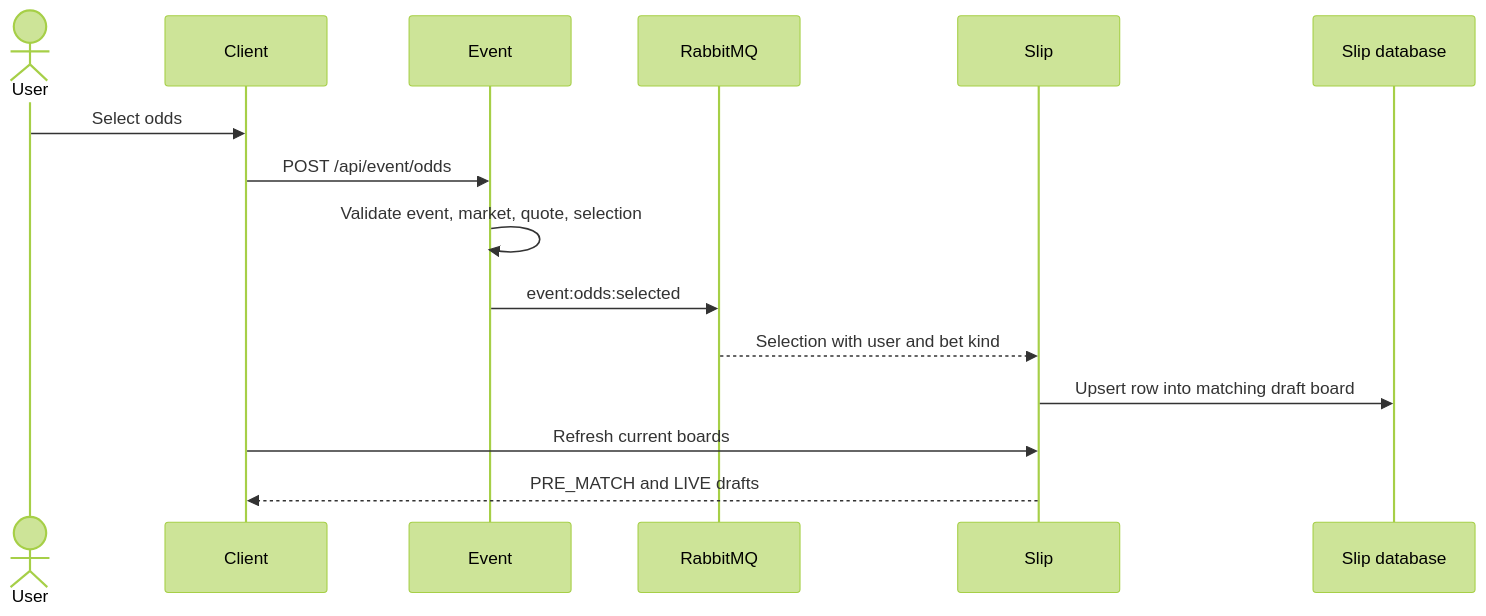
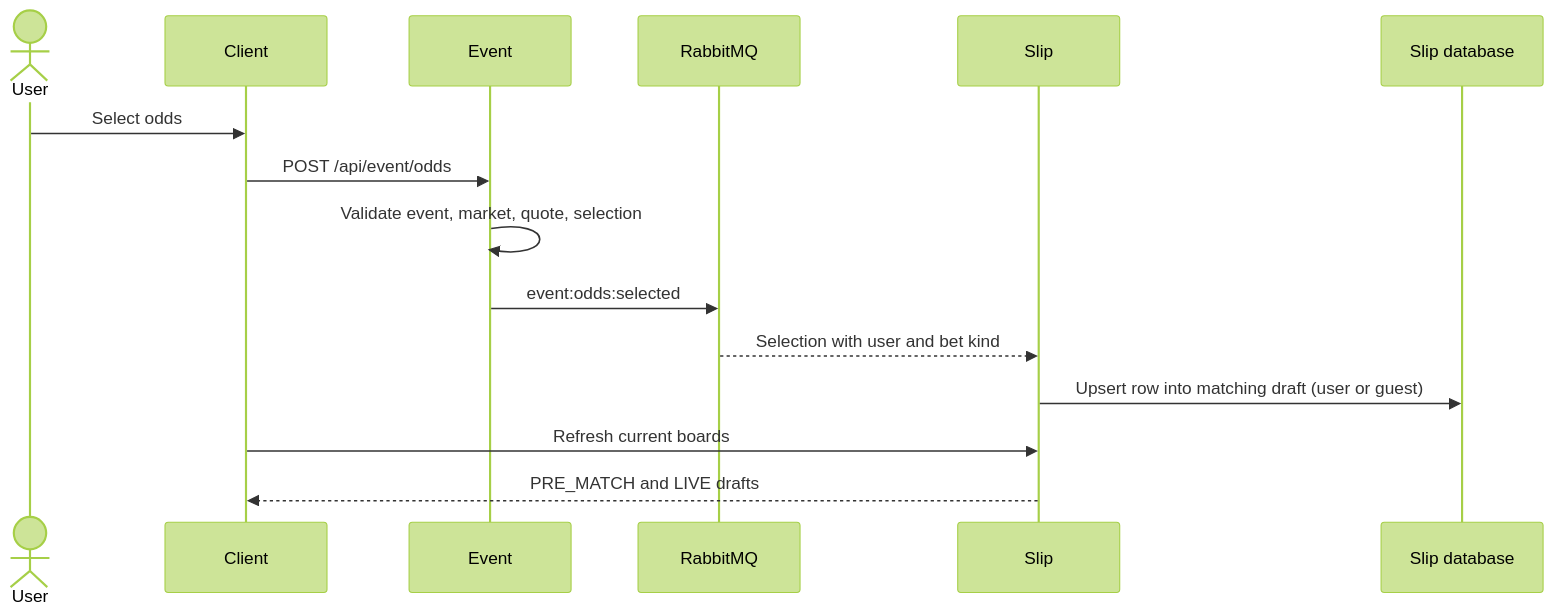
The fourth of 5 diagrams in docs/wiki/Application-Processes.md (vasilyevstan/betstan), drawn with Mermaid (forest theme) before and after one commit. The commit also changed other lines of this file and 66 other files, not shown here.

First line of the commit message:
feat: unified tabbed slip, guest slips, single auth page, forgot password

````diff
--- a/docs/wiki/Application-Processes.md
+++ b/docs/wiki/Application-Processes.md
@@ -441,18 +456,18 @@
 ```mermaid
 sequenceDiagram
     actor User
     participant Client
     participant Event
     participant Bus as RabbitMQ
     participant Slip
     participant SlipDB as Slip database
 
     User->>Client: Select odds
     Client->>Event: POST /api/event/odds
     Event->>Event: Validate event, market, quote, selection
     Event->>Bus: event:odds:selected
     Bus-->>Slip: Selection with user and bet kind
-    Slip->>SlipDB: Upsert row into matching draft board
+    Slip->>SlipDB: Upsert row into matching draft (user or guest)
     Client->>Slip: Refresh current boards
     Slip-->>Client: PRE_MATCH and LIVE drafts
 ```
````
